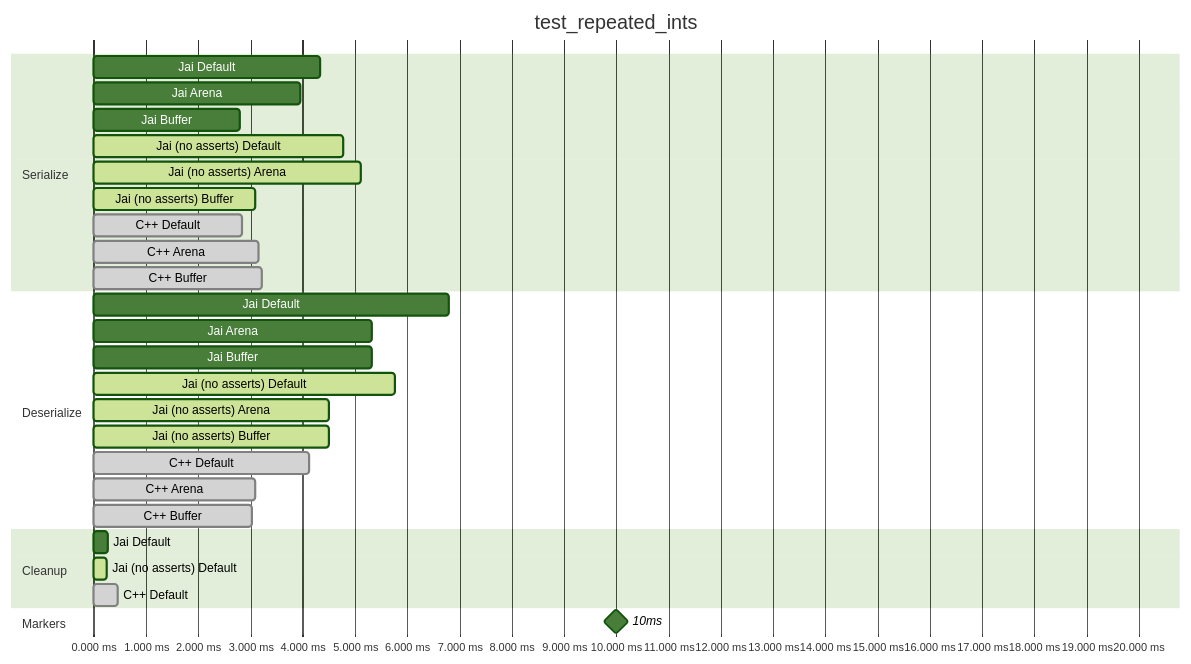
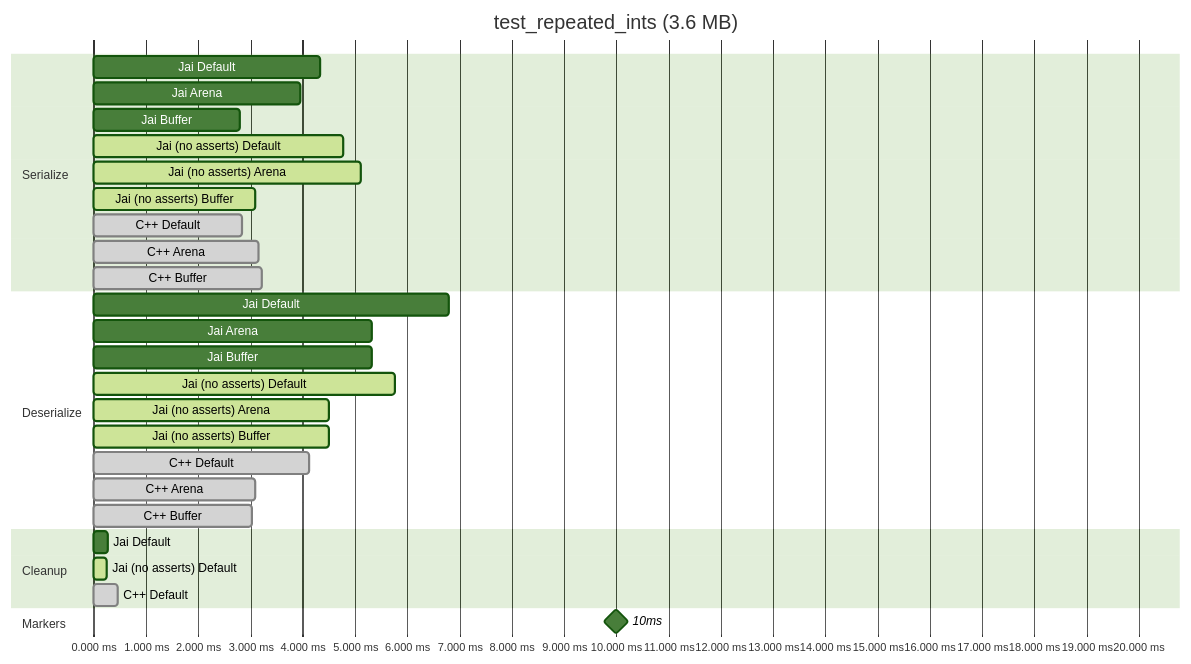
Before and after one commit to segcore/jai-protobuf-timings: the first of 7 diagrams in README.md, drawn with Mermaid (forest theme). The commit also changed other lines of this file and 1 other file, not shown here.

````diff
--- a/README.md
+++ b/README.md
@@ -16,32 +16,32 @@
 ```mermaid
 gantt
-    title test_repeated_ints
+    title test_repeated_ints (3.6 MB)
     dateFormat x
     axisFormat %s.%L ms
     section Serialize
         Jai Default : 0, 4.34315s
         Jai Arena : 0, 3.964517s
         Jai Buffer : 0, 2.798507s
         Jai (no asserts) Default :active, 0, 4.787348s
         Jai (no asserts) Arena :active, 0, 5.111928s
         Jai (no asserts) Buffer :active, 0, 3.105268s
         C++ Default :done, 0, 2.844878s
         C++ Arena :done, 0, 3.166098s
         C++ Buffer :done, 0, 3.21486s
     section Deserialize
         Jai Default : 0, 6.800913s
         Jai Arena : 0, 5.333118s
         Jai Buffer : 0, 5.32909s
         Jai (no asserts) Default :active, 0, 5.770382s
         Jai (no asserts) Arena :active, 0, 4.510551s
         Jai (no asserts) Buffer :active, 0, 4.498309s
         C++ Default :done, 0, 4.126291s
         C++ Arena :done, 0, 3.086156s
         C++ Buffer :done, 0, 3.042525s
     section Cleanup
         Jai Default : 0, 0.280529s
         Jai (no asserts) Default :active, 0, 0.257511s
         C++ Default :done, 0, 0.470621s
     section Markers
         10ms : milestone, m1, 0, 20s
 ```
````
